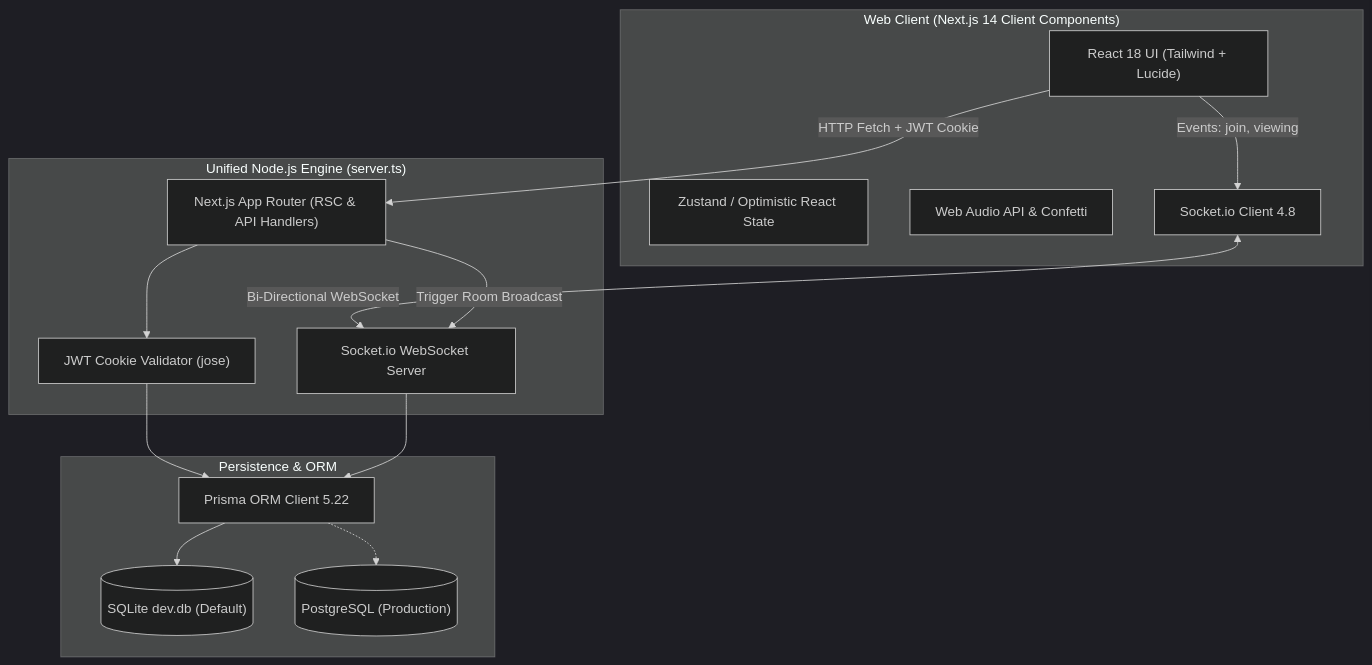
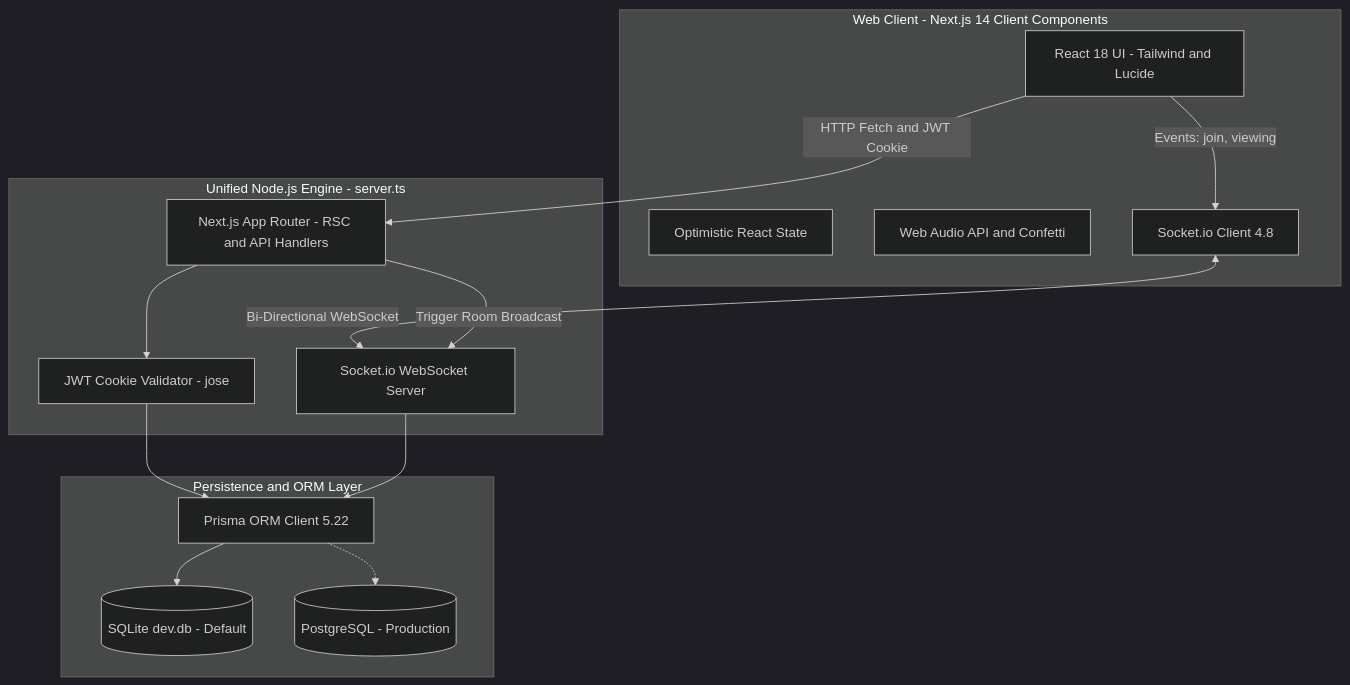
One commit to Kishaan1/project-management-tool changed the first of 3 diagrams in README.md. Above: the diagram before and after it, drawn with Mermaid (dark theme). The commit also changed other lines of this file and 5 other files, not shown here.

````diff
--- a/README.md
+++ b/README.md
@@ -136,31 +136,31 @@
 ```mermaid
 flowchart TD
-    subgraph Browser ["Web Client (Next.js 14 Client Components)"]
-        UI["React 18 UI (Tailwind + Lucide)"]
-        State["Zustand / Optimistic React State"]
-        Audio["Web Audio API & Confetti"]
+    subgraph Browser["Web Client - Next.js 14 Client Components"]
+        UI["React 18 UI - Tailwind and Lucide"]
+        State["Optimistic React State"]
+        Audio["Web Audio API and Confetti"]
         SocketClient["Socket.io Client 4.8"]
     end
 
-    subgraph ServerRuntime ["Unified Node.js Engine (server.ts)"]
-        NextServer["Next.js App Router (RSC & API Handlers)"]
+    subgraph ServerRuntime["Unified Node.js Engine - server.ts"]
+        NextServer["Next.js App Router - RSC and API Handlers"]
         SocketServer["Socket.io WebSocket Server"]
-        AuthMiddleware["JWT Cookie Validator (jose)"]
+        AuthMiddleware["JWT Cookie Validator - jose"]
     end
 
-    subgraph DataLayer ["Persistence & ORM"]
+    subgraph DataLayer["Persistence and ORM Layer"]
         Prisma["Prisma ORM Client 5.22"]
-        SQLite[("SQLite dev.db (Default)")]
-        Postgres[("PostgreSQL (Production)")]
+        SQLite[("SQLite dev.db - Default")]
+        Postgres[("PostgreSQL - Production")]
     end
 
-    UI -->|HTTP Fetch + JWT Cookie| NextServer
+    UI -->|HTTP Fetch and JWT Cookie| NextServer
     UI -->|Events: join, viewing| SocketClient
-    SocketClient <-->|Bi-Directional WebSocket| SocketServer
+    SocketClient <--> |Bi-Directional WebSocket| SocketServer
     NextServer -->|Trigger Room Broadcast| SocketServer
     NextServer --> AuthMiddleware
     AuthMiddleware --> Prisma
     SocketServer --> Prisma
     Prisma --> SQLite
     Prisma -.-> Postgres
 ```
````
